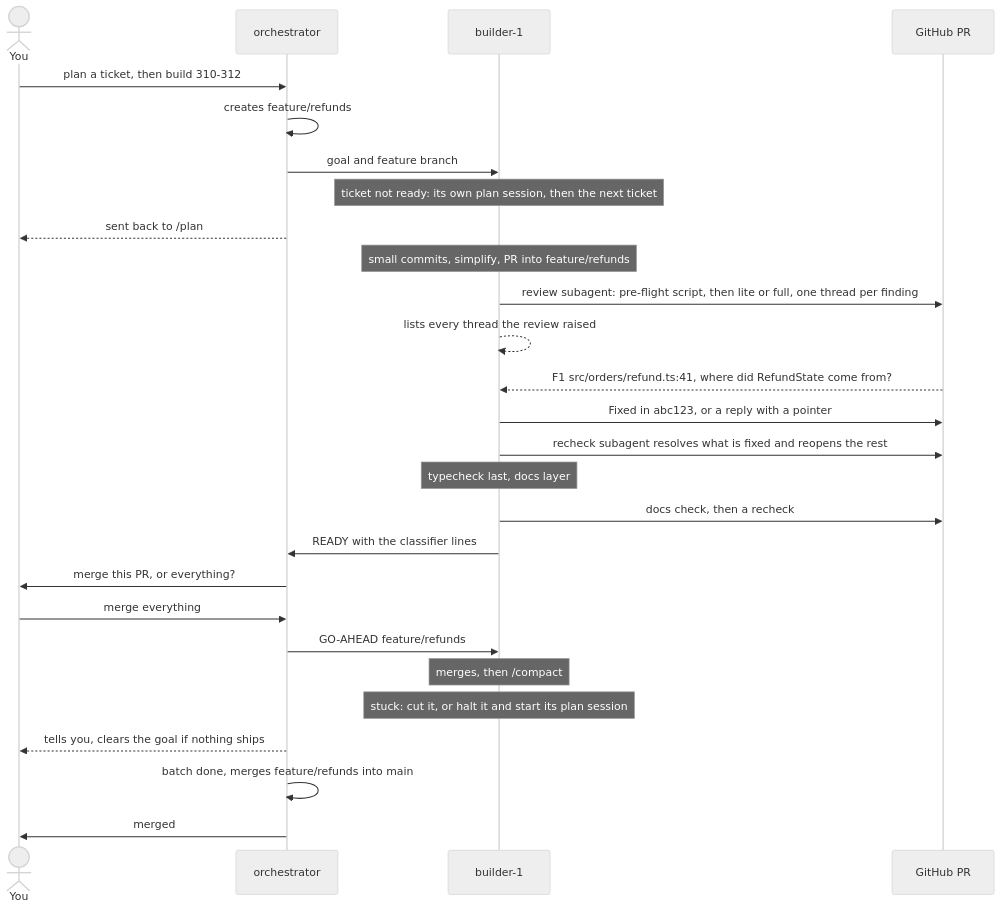
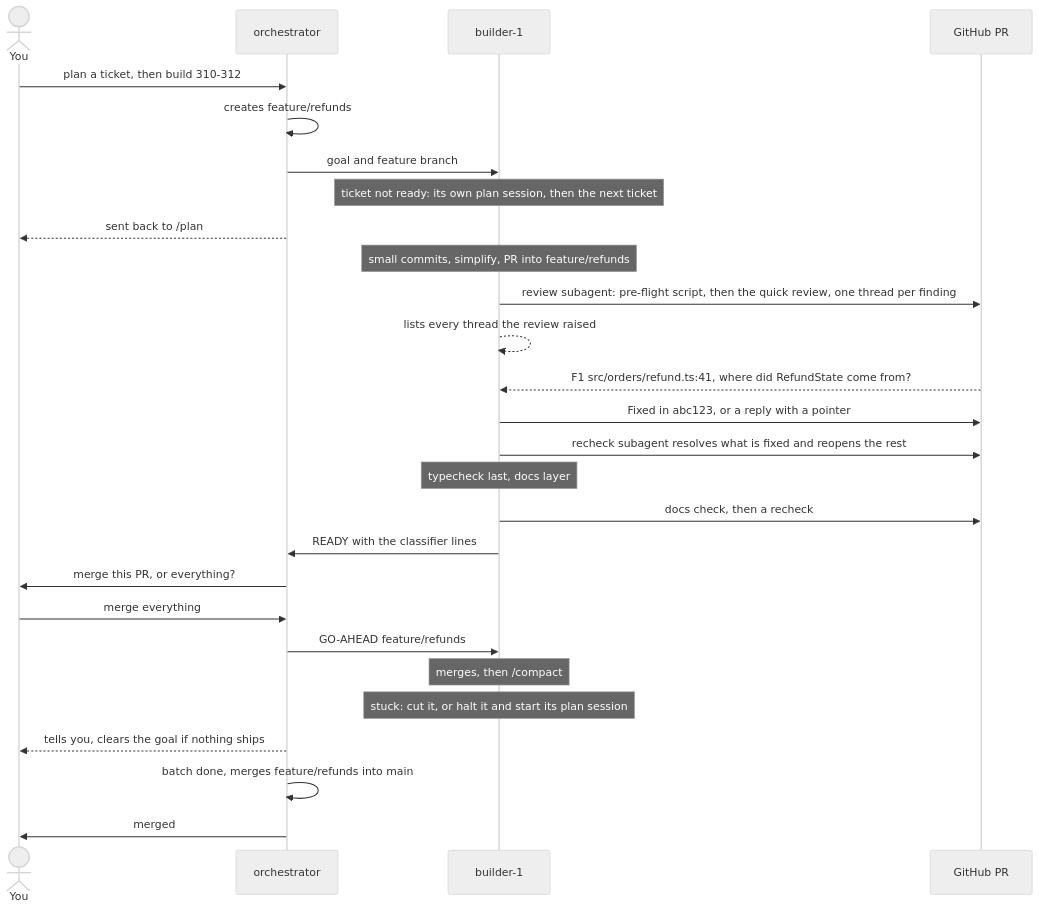
Before and after one commit to outputty/claude-plugin: the diagram in README.md, drawn with Mermaid (neutral theme). The commit also changed other lines of this file and 10 other files, not shown here.

First line of the commit message:
feat(review): a quick review of every PR at face value, and the big picture in the master review

````diff
--- a/README.md
+++ b/README.md
@@ -11,29 +11,29 @@
 ```mermaid
 sequenceDiagram
     actor U as You
     participant O as orchestrator
     participant B as builder-1
     participant G as GitHub PR
     U->>O: plan a ticket, then build 310-312
     O->>O: creates feature/refunds
     O->>B: goal and feature branch
     Note over B: ticket not ready: its own plan session, then the next ticket
     O-->>U: sent back to /plan
     Note over B: small commits, simplify, PR into feature/refunds
-    B->>G: review subagent: pre-flight script, then lite or full, one thread per finding
+    B->>G: review subagent: pre-flight script, then the quick review, one thread per finding
     B-->>B: lists every thread the review raised
     G-->>B: F1 src/orders/refund.ts:41, where did RefundState come from?
     B->>G: Fixed in abc123, or a reply with a pointer
     B->>G: recheck subagent resolves what is fixed and reopens the rest
     Note over B: typecheck last, docs layer
     B->>G: docs check, then a recheck
     B->>O: READY with the classifier lines
     O->>U: merge this PR, or everything?
     U->>O: merge everything
     O->>B: GO-AHEAD feature/refunds
     Note over B: merges, then /compact
     Note over B: stuck: cut it, or halt it and start its plan session
     O-->>U: tells you, clears the goal if nothing ships
     O->>O: batch done, merges feature/refunds into main
     O->>U: merged
 ```
````
